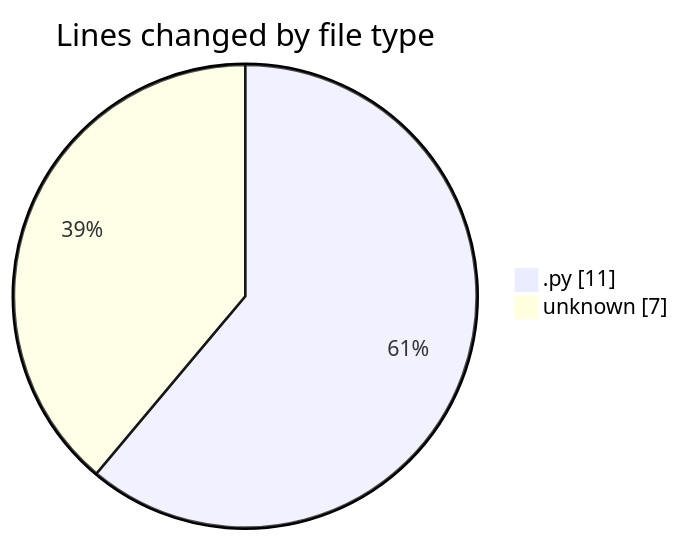
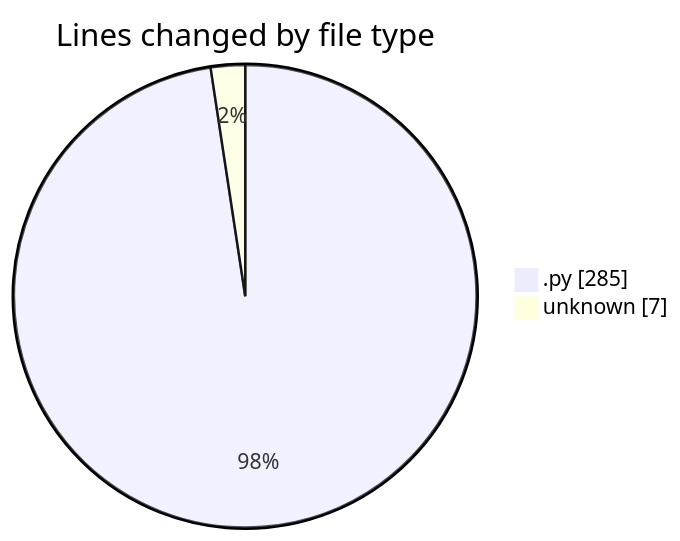
The first of 2 diagrams in 2026-09-21/video-downloader/README.md (momahboobian/code-tracking), drawn with Mermaid before and after one commit. The commit also changed other lines of this file and 1 other file, not shown here.

````diff
--- a/2026-09-21/video-downloader/README.md
+++ b/2026-09-21/video-downloader/README.md
@@ -21,6 +22,6 @@
 ```mermaid
 pie showData
 title Lines changed by file type
-".py" : 11
+".py" : 285
 "unknown" : 7
 ```
````
